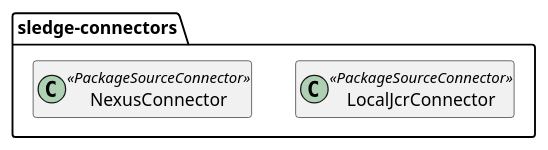
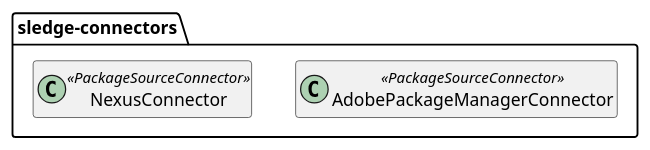
The diagram in docs/src/main/plantuml/building-block-connectors-diagram.puml (unic/sledge), drawn with PlantUML before and after one commit. The commit also changed 44 other files, not shown here.

```diff
--- a/docs/src/main/plantuml/building-block-connectors-diagram.puml
+++ b/docs/src/main/plantuml/building-block-connectors-diagram.puml
@@ -1,10 +1,10 @@
 @startuml
 
 package "sledge-connectors" as connectors {
-	class LocalJcrConnector <<PackageSourceConnector>>
+	class AdobePackageManagerConnector <<PackageSourceConnector>>
 	class NexusConnector  <<PackageSourceConnector>>
 }
 
 hide members
 
 @enduml
```
